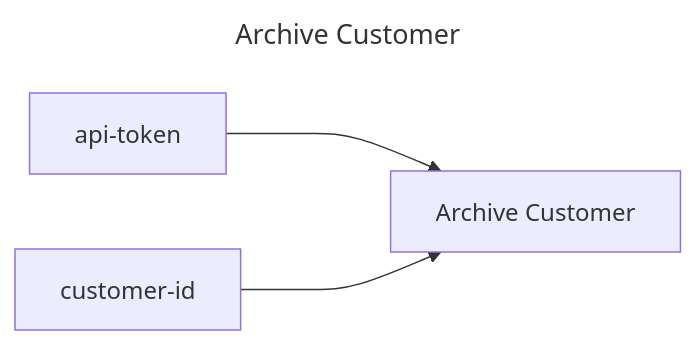
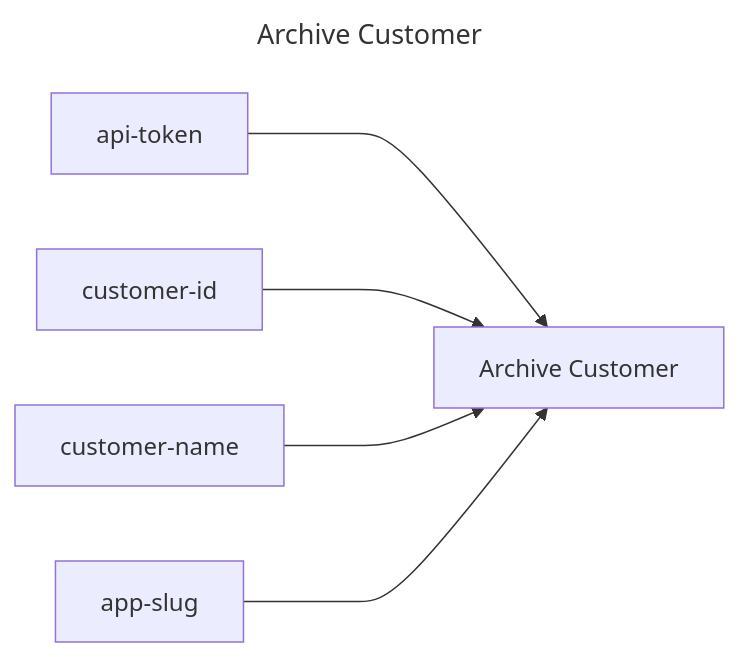
Before and after one commit to replicatedhq/replicated-actions: the diagram in archive-customer/README.md, drawn with Mermaid. The commit also changed other lines of this file and 43 other files, not shown here.

````diff
--- a/archive-customer/README.md
+++ b/archive-customer/README.md
@@ -3,11 +3,15 @@
 ```mermaid
 ---
 title: Archive Customer
 ---
 graph LR
 archive_customer["Archive Customer"]
 api_token["api-token"]
 customer_id["customer-id"]
+customer_name["customer-name"]
+app_slug["app-slug"]
 api_token ---> archive_customer
 customer_id ---> archive_customer
+customer_name ---> archive_customer
+app_slug ---> archive_customer
 ```
````
